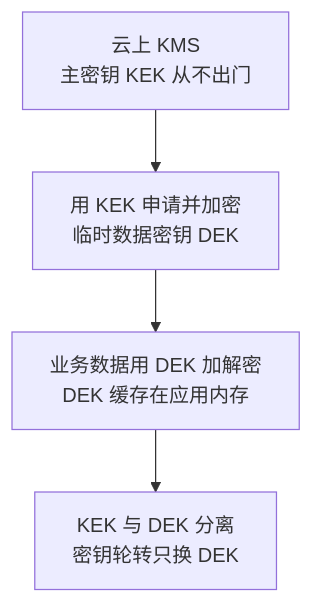
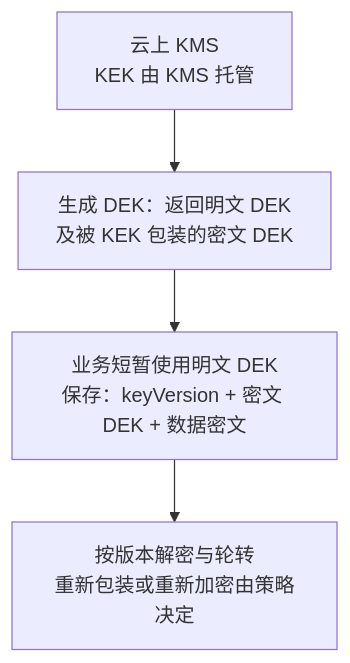
One commit to CrazyForks/java-full-stack changed the fourth of 4 diagrams in docs/06-阶段六-架构设计与服务端思维/05-安全架构.md. Above: the diagram before and after it, drawn with Mermaid. The commit also changed other lines of this file and 58 other files, not shown here.

````diff
--- a/docs/06-阶段六-架构设计与服务端思维/05-安全架构.md
+++ b/docs/06-阶段六-架构设计与服务端思维/05-安全架构.md
@@ -158,6 +176,6 @@
 ```mermaid
 flowchart TD
-    A["云上 KMS<br/>主密钥 KEK 从不出门"] --> B["用 KEK 申请并加密<br/>临时数据密钥 DEK"]
-    B --> C["业务数据用 DEK 加解密<br/>DEK 缓存在应用内存"]
-    C --> D["KEK 与 DEK 分离<br/>密钥轮转只换 DEK"]
+    A["云上 KMS<br/>KEK 由 KMS 托管"] --> B["生成 DEK：返回明文 DEK<br/>及被 KEK 包装的密文 DEK"]
+    B --> C["业务短暂使用明文 DEK<br/>保存：keyVersion + 密文 DEK + 数据密文"]
+    C --> D["按版本解密与轮转<br/>重新包装或重新加密由策略决定"]
 ```
````
